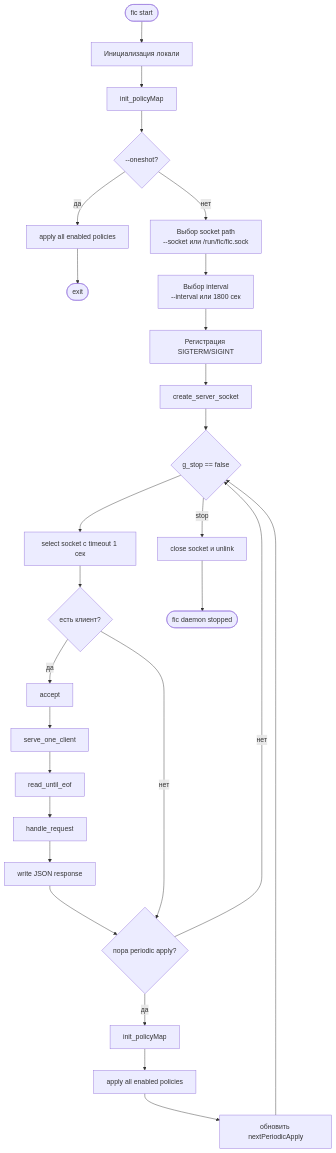
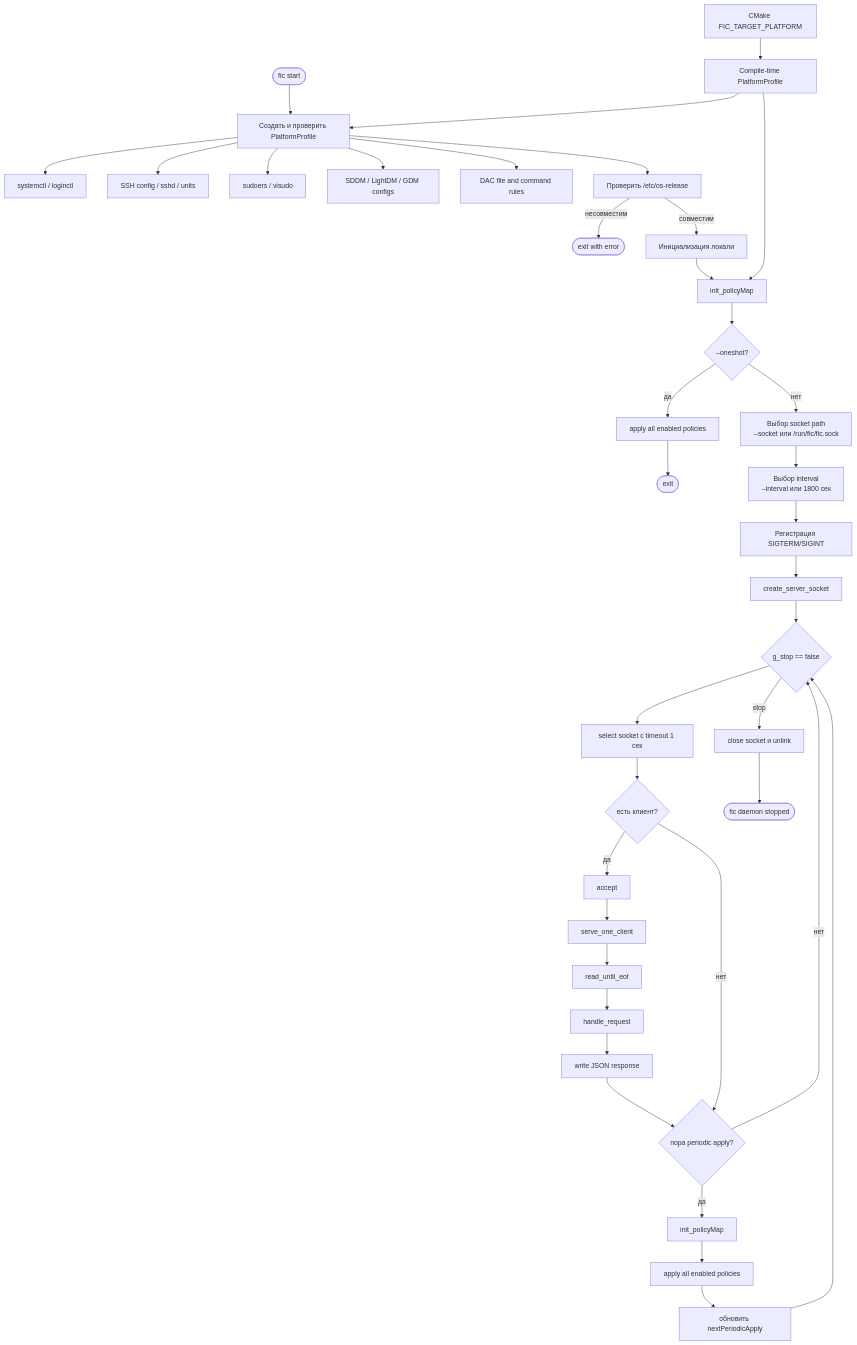
One commit to RevoltStar/FIC changed the third of 14 diagrams in docs/architecture-diagrams.md. Above: the diagram before and after it, drawn with Mermaid. The commit also changed other lines of this file and 78 other files, not shown here.

````diff
--- a/docs/architecture-diagrams.md
+++ b/docs/architecture-diagrams.md
@@ -130,34 +130,45 @@
 ```mermaid
 flowchart TD
-    start([fic start]) --> locale[Инициализация локали]
+    build[CMake FIC_TARGET_PLATFORM] --> compiled[Compile-time PlatformProfile]
+    start([fic start]) --> profile[Создать и проверить PlatformProfile]
+    compiled --> profile
+    profile --> tools[systemctl / loginctl]
+    profile --> sshProfile[SSH config / sshd / units]
+    profile --> sudoProfile[sudoers / visudo]
+    profile --> dmProfile[SDDM / LightDM / GDM configs]
+    profile --> dacProfile[DAC file and command rules]
+    profile --> osRelease[Проверить /etc/os-release]
+    osRelease -->|несовместим| incompatible([exit with error])
+    osRelease -->|совместим| locale[Инициализация локали]
     locale --> initMap[init_policyMap]
+    compiled --> initMap
     initMap --> oneshot{--oneshot?}
 
     oneshot -->|да| applyOnce[apply all enabled policies]
     applyOnce --> exitOnce([exit])
 
     oneshot -->|нет| socketPath["Выбор socket path<br/>--socket или /run/fic/fic.sock"]
     socketPath --> interval["Выбор interval<br/>--interval или 1800 сек"]
     interval --> signals[Регистрация SIGTERM/SIGINT]
     signals --> createSocket[create_server_socket]
     createSocket --> mainLoop{g_stop == false}
 
     mainLoop --> select[select socket с timeout 1 сек]
     select --> clientReady{есть клиент?}
     clientReady -->|да| accept[accept]
     accept --> serve[serve_one_client]
     serve --> readJson[read_until_eof]
     readJson --> route[handle_request]
     route --> writeJson[write JSON response]
     writeJson --> periodic
 
     clientReady -->|нет| periodic{пора periodic apply?}
     periodic -->|да| reload[init_policyMap]
     reload --> applyAll[apply all enabled policies]
     applyAll --> schedule[обновить nextPeriodicApply]
     schedule --> mainLoop
 
     periodic -->|нет| mainLoop
     mainLoop -->|stop| cleanup[close socket и unlink]
     cleanup --> stopped([fic daemon stopped])
 ```
````
